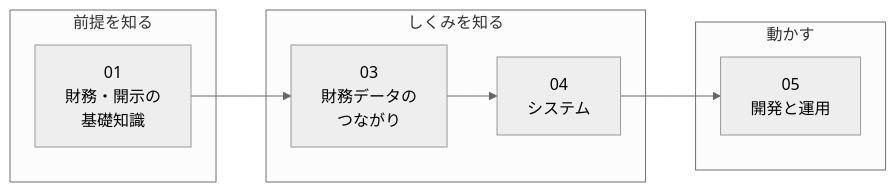
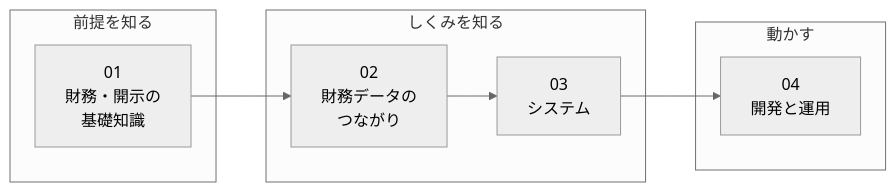
Before and after one commit to shin4488/financial-statement: the diagram in docs/guide/README.md, drawn with Mermaid (neutral theme). The commit also changed other lines of this file and 8 other files, not shown here.

````diff
--- a/docs/guide/README.md
+++ b/docs/guide/README.md
@@ -5,14 +5,14 @@
 ```mermaid
 flowchart LR
     subgraph P["前提を知る"]
         A["01<br>財務・開示の<br>基礎知識"]
     end
     subgraph S["しくみを知る"]
-        D["03<br>財務データの<br>つながり"] --> E["04<br>システム"]
+        D["02<br>財務データの<br>つながり"] --> E["03<br>システム"]
     end
     subgraph U["動かす"]
-        G["05<br>開発と運用"]
+        G["04<br>開発と運用"]
     end
     A --> D
     E --> G
 ```
````
